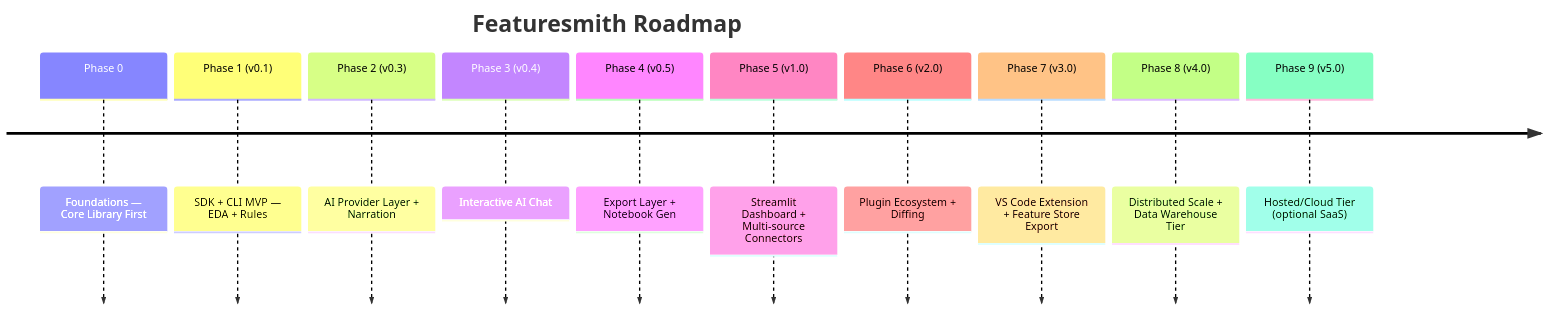
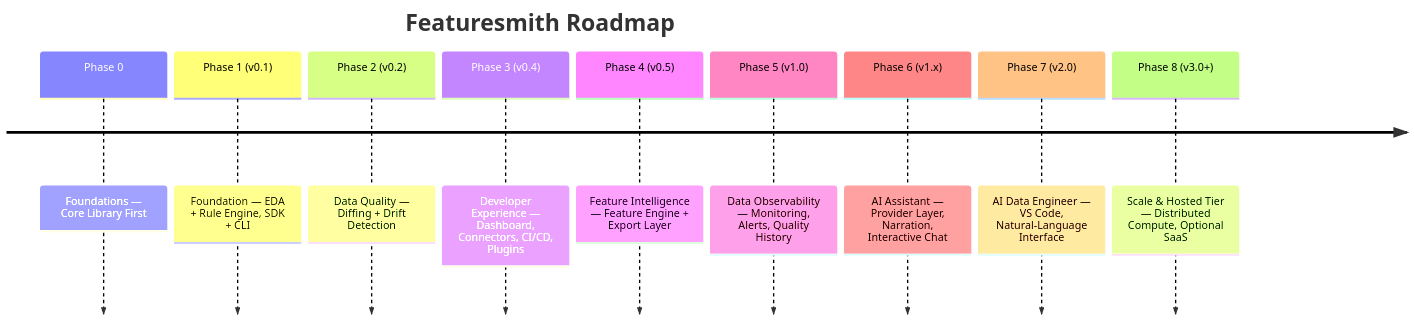
Before and after one commit to adityagangwani30/FeatureSmith: the diagram in docs/Phases.md, drawn with Mermaid. The commit also changed other lines of this file and 30 other files, not shown here.

Commit message:
chore(alignment): align repository developer experience and website with new documentation principles

````diff
--- a/docs/Phases.md
+++ b/docs/Phases.md
@@ -3,14 +3,13 @@
 ```mermaid
 timeline
     title Featuresmith Roadmap
     Phase 0 : Foundations — Core Library First
-    Phase 1 (v0.1) : SDK + CLI MVP — EDA + Rules
-    Phase 2 (v0.3) : AI Provider Layer + Narration
-    Phase 3 (v0.4) : Interactive AI Chat
-    Phase 4 (v0.5) : Export Layer + Notebook Gen
-    Phase 5 (v1.0) : Streamlit Dashboard + Multi-source Connectors
-    Phase 6 (v2.0) : Plugin Ecosystem + Diffing
-    Phase 7 (v3.0) : VS Code Extension + Feature Store Export
-    Phase 8 (v4.0) : Distributed Scale + Data Warehouse Tier
-    Phase 9 (v5.0) : Hosted/Cloud Tier (optional SaaS)
+    Phase 1 (v0.1) : Foundation — EDA + Rule Engine, SDK + CLI
+    Phase 2 (v0.2) : Data Quality — Diffing + Drift Detection
+    Phase 3 (v0.4) : Developer Experience — Dashboard, Connectors, CI/CD, Plugins
+    Phase 4 (v0.5) : Feature Intelligence — Feature Engine + Export Layer
+    Phase 5 (v1.0) : Data Observability — Monitoring, Alerts, Quality History
+    Phase 6 (v1.x) : AI Assistant — Provider Layer, Narration, Interactive Chat
+    Phase 7 (v2.0) : AI Data Engineer — VS Code, Natural-Language Interface
+    Phase 8 (v3.0+) : Scale & Hosted Tier — Distributed Compute, Optional SaaS
 ```
````
